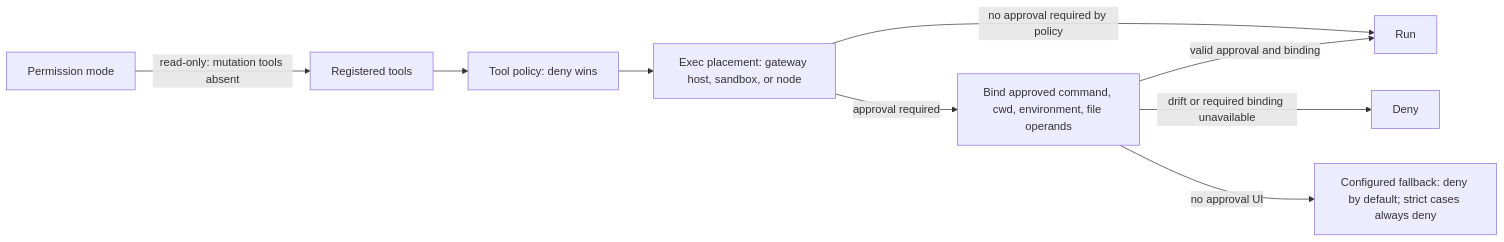
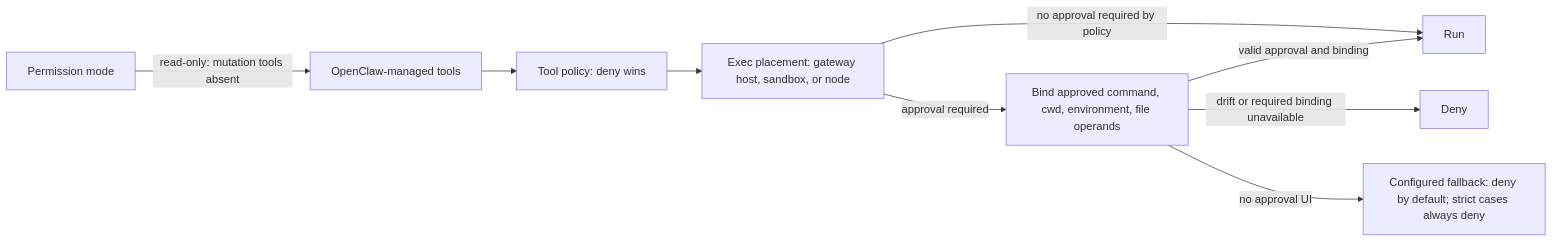
One commit to 123eyu/openclaw changed the second of 3 diagrams in docs/start/why-openclaw.md. Above: the diagram before and after it, drawn with Mermaid. The commit also changed other lines of this file and 2 other files, not shown here.

First line of the commit message:
docs: qualify architecture guarantees and refresh Hermes kernel details (#131928)

````diff
--- a/docs/start/why-openclaw.md
+++ b/docs/start/why-openclaw.md
@@ -101,11 +101,11 @@
 ```mermaid actions={true} placement="top-right"
 flowchart LR
-  MODE["Permission mode"] -->|"read-only: mutation tools absent"| REG["Registered tools"]
+  MODE["Permission mode"] -->|"read-only: mutation tools absent"| REG["OpenClaw-managed tools"]
   REG --> TP["Tool policy: deny wins"]
   TP --> PLACE["Exec placement: gateway host, sandbox, or node"]
   PLACE -->|"approval required"| APR["Bind approved command, cwd, environment, file operands"]
   PLACE -->|"no approval required by policy"| RUN["Run"]
   APR -->|"valid approval and binding"| RUN
   APR -->|"drift or required binding unavailable"| DENY["Deny"]
   APR -->|"no approval UI"| FALLBACK["Configured fallback: deny by default; strict cases always deny"]
 ```
````
